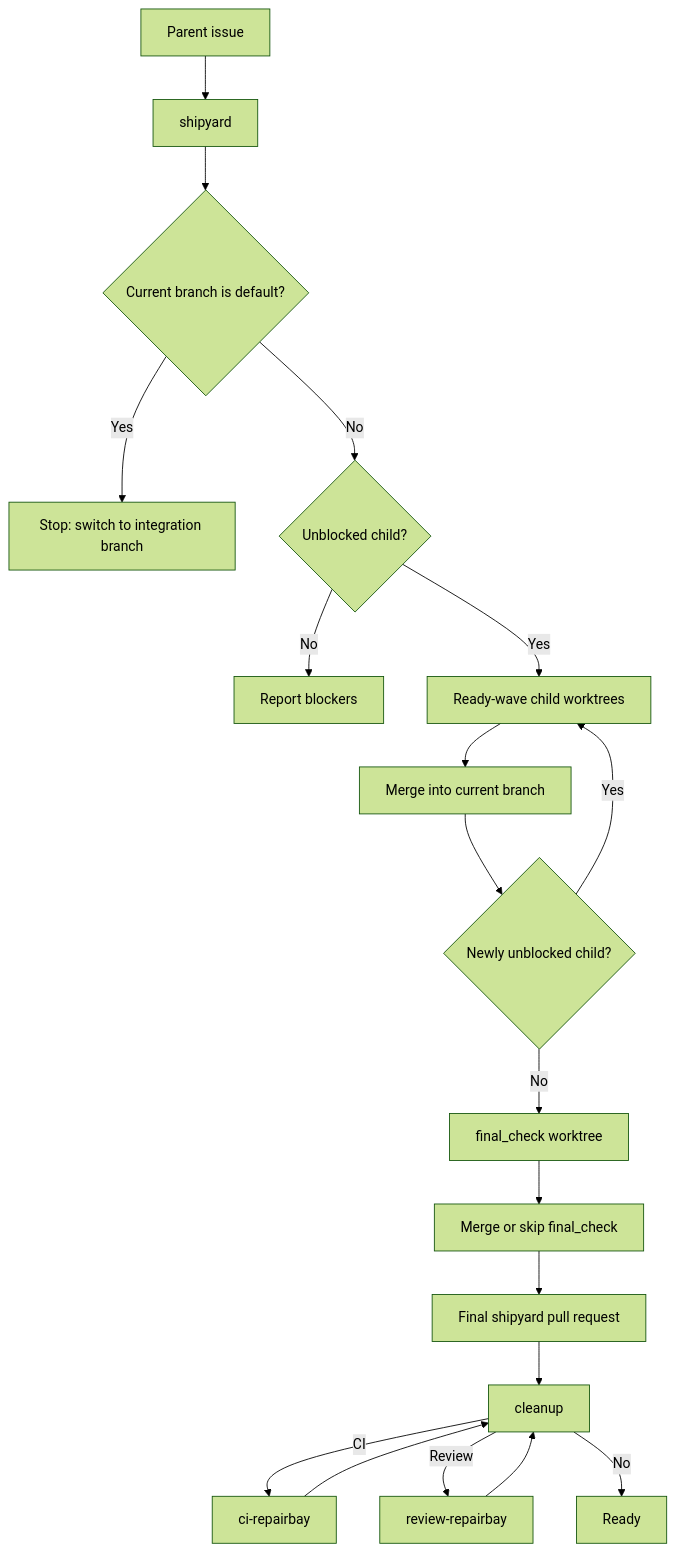
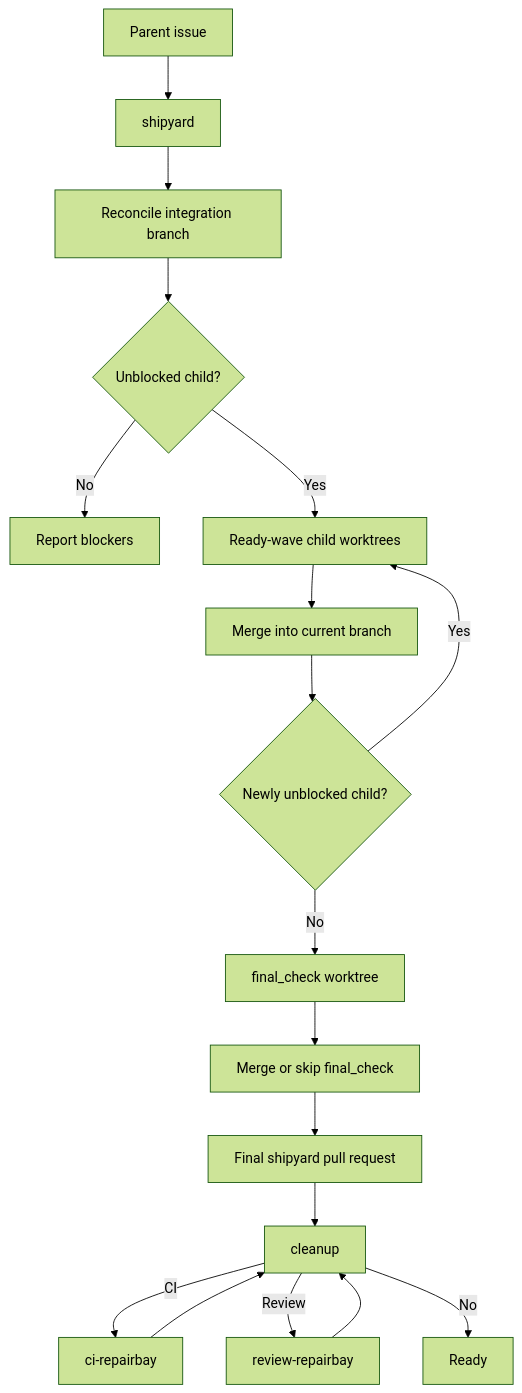
Before and after one commit to HenryQW/skills: the fourth of 5 diagrams in README.md, drawn with Mermaid (forest theme). The commit also changed other lines of this file and 2 other files, not shown here.

Commit message:
fix(shipyard): reconcile integration branch

````diff
--- a/README.md
+++ b/README.md
@@ -87,21 +86,20 @@
 ```mermaid
 flowchart TD
   parent["Parent issue"] --> shipyard["shipyard"]
-  shipyard --> mode{"Current branch is default?"}
-  mode -->|Yes| default_stop["Stop: switch to integration branch"]
-  mode -->|No| ready{"Unblocked child?"}
+  shipyard --> branch["Reconcile integration branch"]
+  branch --> ready{"Unblocked child?"}
   ready -->|No| blocked["Report blockers"]
   ready -->|Yes| worktrees["Ready-wave child worktrees"]
   worktrees --> integrate["Merge into current branch"]
   integrate --> recheck{"Newly unblocked child?"}
   recheck -->|Yes| worktrees
   recheck -->|No| final_branch["final_check worktree"]
   final_branch --> final_merge["Merge or skip final_check"]
   final_merge --> final_pr["Final shipyard pull request"]
   final_pr --> cleanup
   cleanup -->|CI| ci_repair["ci-repairbay"]
   cleanup -->|Review| review_repair["review-repairbay"]
   cleanup -->|No| done["Ready"]
   ci_repair --> cleanup
   review_repair --> cleanup
 ```
````
